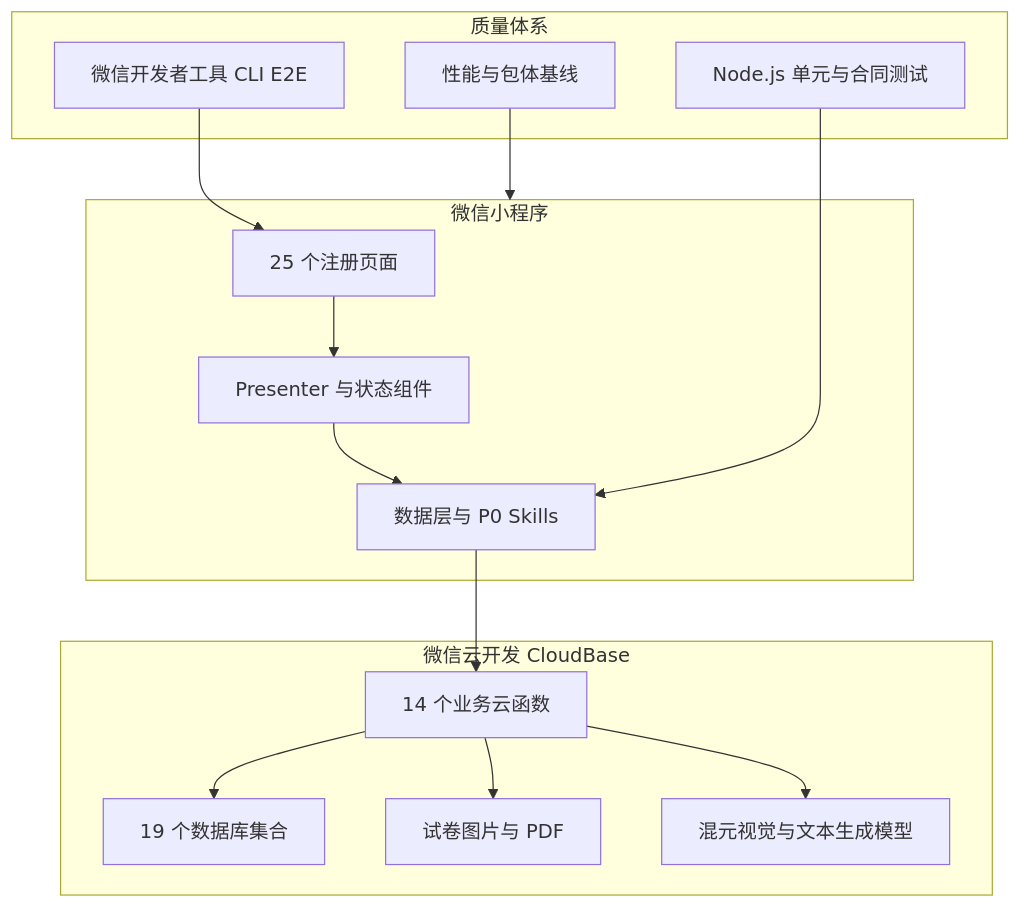
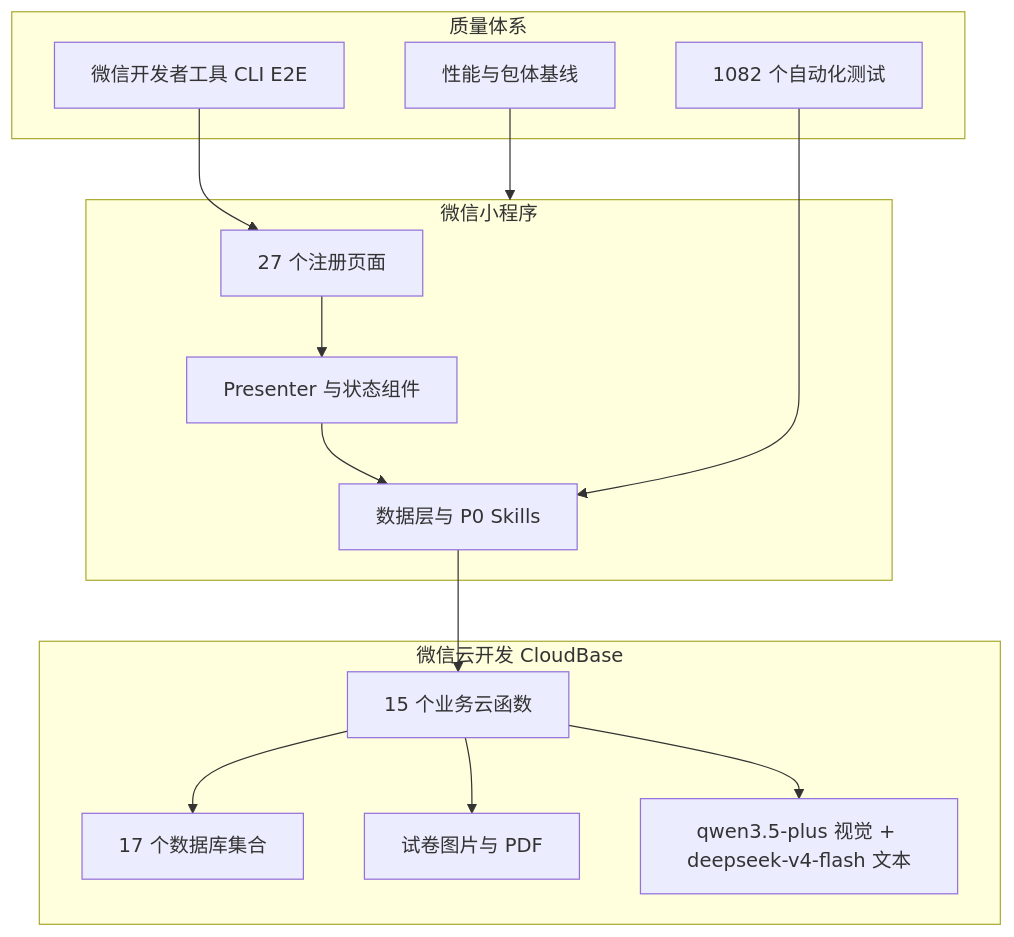
The second of 2 diagrams in README.md (davyzhong/miniprogram-learning-diagnostic), drawn with Mermaid before and after one commit. The commit also changed other lines of this file and 7 other files, not shown here.

First line of the commit message:
docs: 更新 README 和项目文档，加入真实运行数据和截图

````diff
--- a/README.md
+++ b/README.md
@@ -122,26 +173,26 @@
 ```mermaid
 flowchart TB
     subgraph Client[微信小程序]
-      Pages[25 个注册页面]
+      Pages[27 个注册页面]
       Presenters[Presenter 与状态组件]
       Services[数据层与 P0 Skills]
     end
     subgraph Cloud[微信云开发 CloudBase]
-      Functions[14 个业务云函数]
-      Database[19 个数据库集合]
+      Functions[15 个业务云函数]
+      Database[17 个数据库集合]
       Storage[试卷图片与 PDF]
-      AI[混元视觉与文本生成模型]
+      AI[qwen3.5-plus 视觉 + deepseek-v4-flash 文本]
     end
     subgraph Quality[质量体系]
-      Unit[Node.js 单元与合同测试]
+      Unit[1082 个自动化测试]
       CLI[微信开发者工具 CLI E2E]
       Perf[性能与包体基线]
     end
     Pages --> Presenters --> Services --> Functions
     Functions --> Database
     Functions --> Storage
     Functions --> AI
     Unit --> Services
     CLI --> Pages
     Perf --> Client
 ```
````
